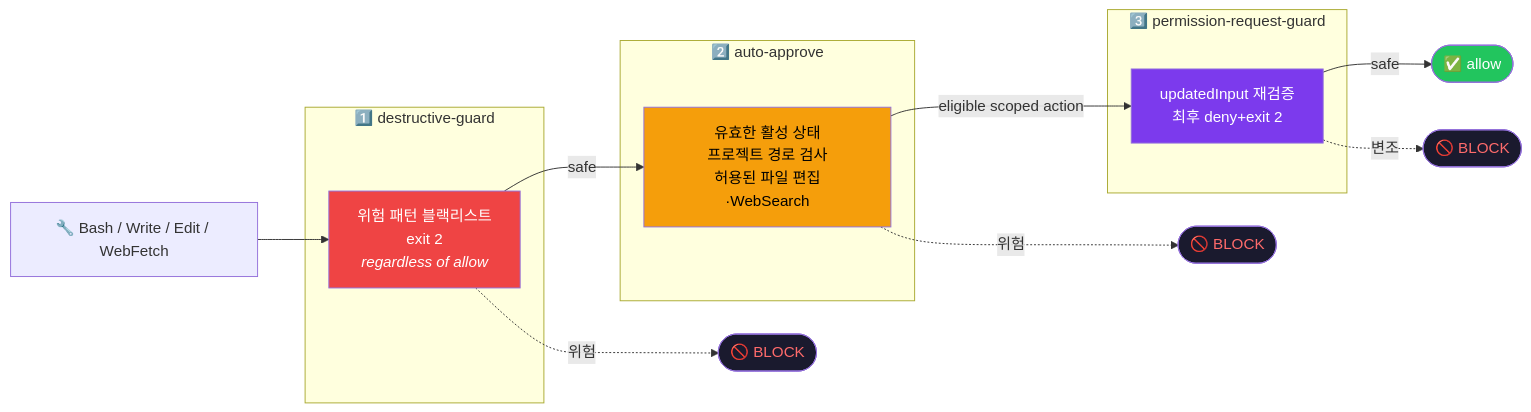
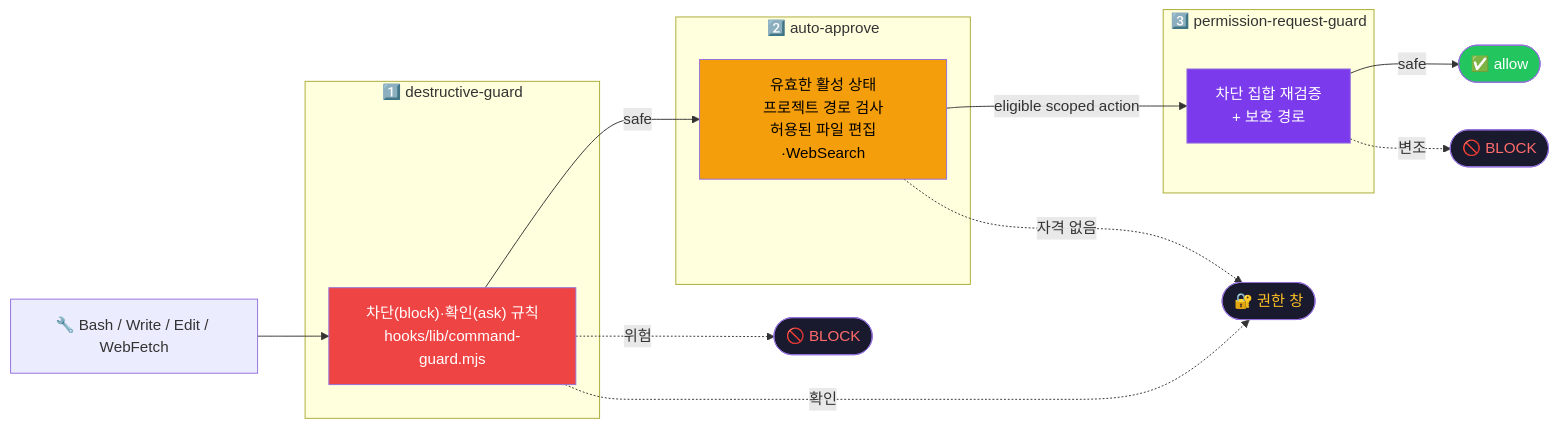
The second of 4 diagrams in README.md (Technoetic/harness20), drawn with Mermaid before and after one commit. The commit also changed other lines of this file and 51 other files, not shown here.

````diff
--- a/README.md
+++ b/README.md
@@ -298,32 +297,33 @@
 ```mermaid
 flowchart LR
     Tool["🔧 Bash / Write / Edit / WebFetch"]
 
     subgraph layer1["1️⃣ destructive-guard"]
-        DG["위험 패턴 블랙리스트<br/>exit 2<br/><i>regardless of allow</i>"]
+        DG["차단(block)·확인(ask) 규칙<br/>hooks/lib/command-guard.mjs"]
     end
 
     subgraph layer2["2️⃣ auto-approve"]
         AA["유효한 활성 상태<br/>프로젝트 경로 검사<br/>허용된 파일 편집·WebSearch"]
     end
 
     subgraph layer3["3️⃣ permission-request-guard"]
-        PRG["updatedInput 재검증<br/>최후 deny+exit 2"]
+        PRG["차단 집합 재검증<br/>+ 보호 경로"]
     end
 
     Tool --> DG
     DG -->|safe| AA
     AA -->|eligible scoped action| PRG
     PRG -->|safe| Pass(["✅ allow"])
     DG -.위험.-> Block1(["🚫 BLOCK"])
-    AA -.위험.-> Block2(["🚫 BLOCK"])
+    DG -.확인.-> Prompt(["🔐 권한 창"])
+    AA -.자격 없음.-> Prompt
     PRG -.변조.-> Block3(["🚫 BLOCK"])
 
     style DG fill:#EF4444,color:#fff
     style AA fill:#F59E0B,color:#000
     style PRG fill:#7C3AED,color:#fff
     style Pass fill:#22C55E,color:#fff
     style Block1 fill:#1a1a2e,color:#FF6B6B
-    style Block2 fill:#1a1a2e,color:#FF6B6B
+    style Prompt fill:#1a1a2e,color:#FBBF24
     style Block3 fill:#1a1a2e,color:#FF6B6B
 ```
````
